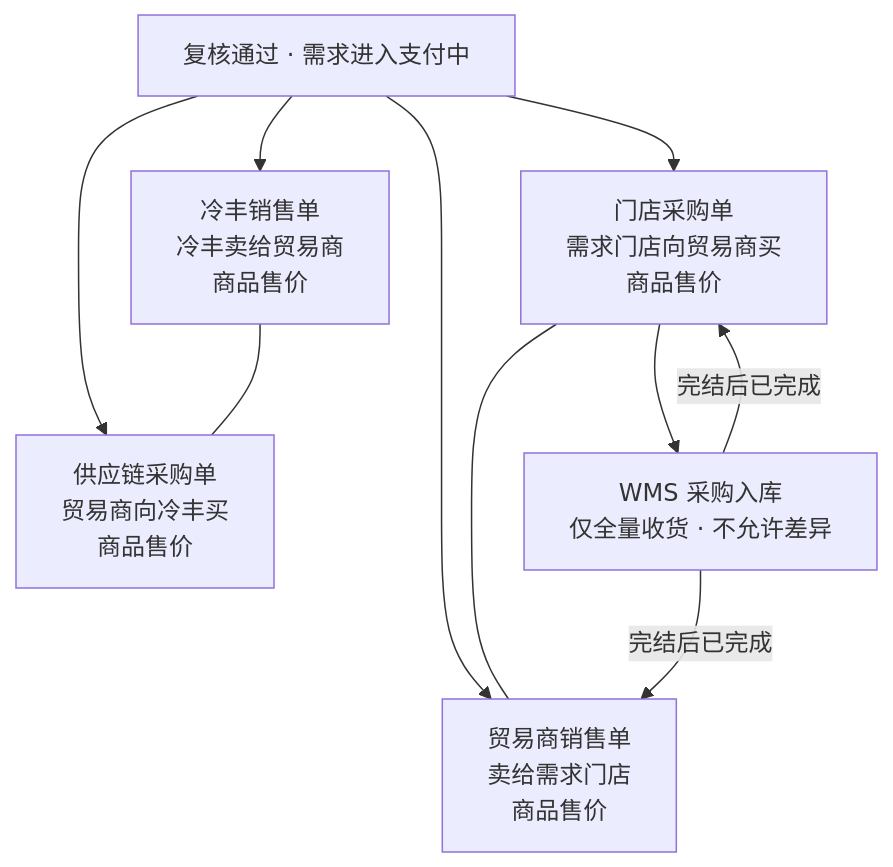
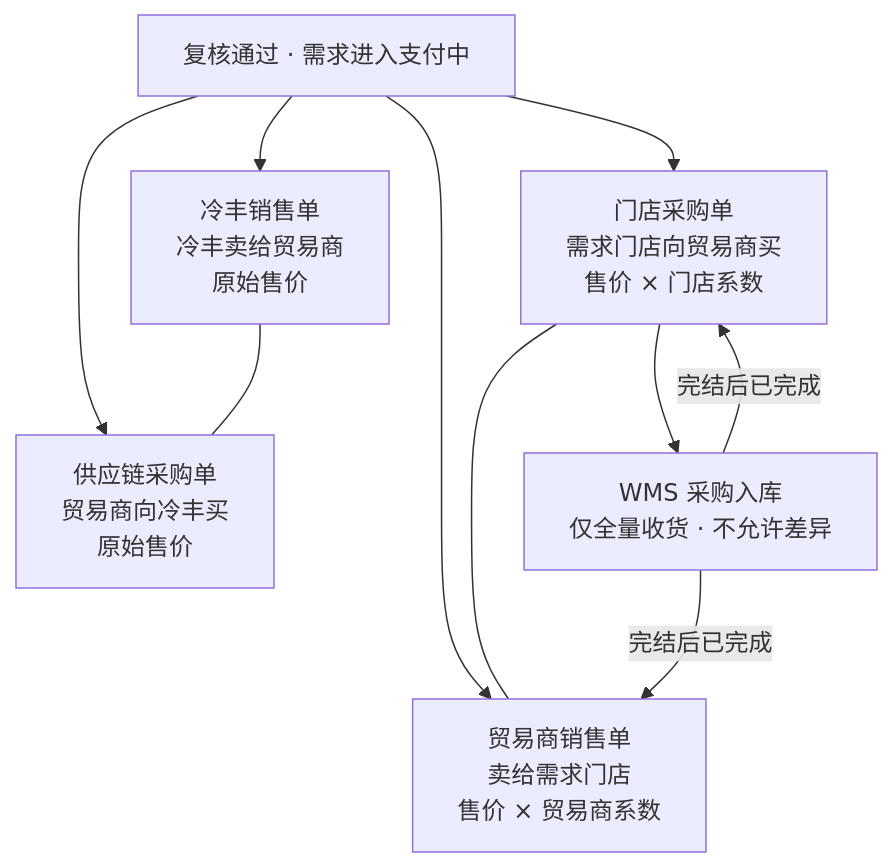
Before and after one commit to 342-droid/LFerp: the second of 4 diagrams in RBT/docs/需求复核后单据方案.md, drawn with Mermaid. The commit also changed other lines of this file and 7 other files, not shown here.

````diff
--- a/RBT/docs/需求复核后单据方案.md
+++ b/RBT/docs/需求复核后单据方案.md
@@ -50,12 +50,12 @@
 ```mermaid
 flowchart TB
-  R[复核通过 · 需求进入支付中] --> S0[冷丰销售单<br/>冷丰卖给贸易商<br/>商品售价]
-  R --> P1[供应链采购单<br/>贸易商向冷丰买<br/>商品售价]
-  R --> P2[门店采购单<br/>需求门店向贸易商买<br/>商品售价]
-  R --> S1[贸易商销售单<br/>卖给需求门店<br/>商品售价]
+  R[复核通过 · 需求进入支付中] --> S0[冷丰销售单<br/>冷丰卖给贸易商<br/>原始售价]
+  R --> P1[供应链采购单<br/>贸易商向冷丰买<br/>原始售价]
+  R --> P2[门店采购单<br/>需求门店向贸易商买<br/>售价 × 门店系数]
+  R --> S1[贸易商销售单<br/>卖给需求门店<br/>售价 × 贸易商系数]
   S0 --- P1
   P2 --- S1
   P2 --> IBD[WMS 采购入库<br/>仅全量收货 · 不允许差异]
   IBD -->|完结后已完成| P2
   IBD -->|完结后已完成| S1
 ```
````
